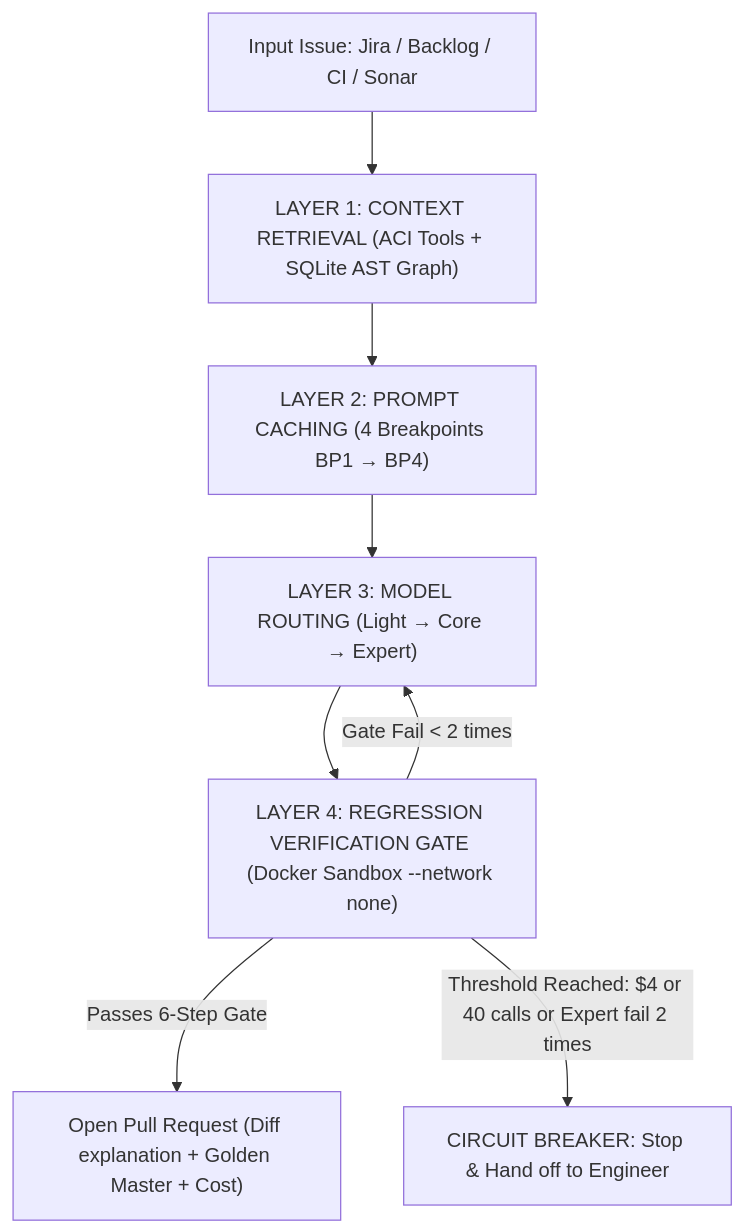
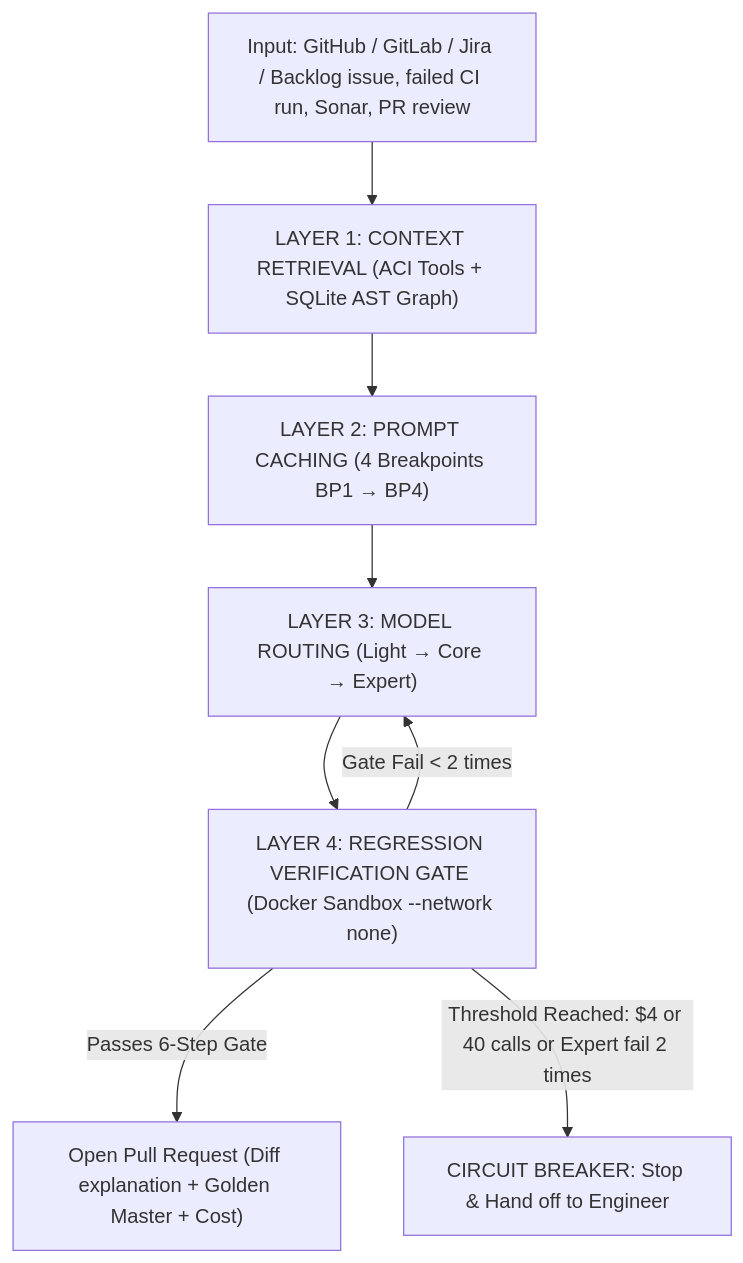
The diagram in README.md (hoanghainh1188/aegis-code), drawn with Mermaid before and after one commit. The commit also changed other lines of this file and 1 other file, not shown here.

````diff
--- a/README.md
+++ b/README.md
@@ -40,11 +40,11 @@
 ```mermaid
 flowchart TD
-    Issue["Input Issue: Jira / Backlog / CI / Sonar"] --> T1["LAYER 1: CONTEXT RETRIEVAL (ACI Tools + SQLite AST Graph)"]
+    Issue["Input: GitHub / GitLab / Jira / Backlog issue, failed CI run, Sonar, PR review"] --> T1["LAYER 1: CONTEXT RETRIEVAL (ACI Tools + SQLite AST Graph)"]
     T1 --> T2["LAYER 2: PROMPT CACHING (4 Breakpoints BP1 → BP4)"]
     T2 --> T3["LAYER 3: MODEL ROUTING (Light → Core → Expert)"]
     T3 --> T4["LAYER 4: REGRESSION VERIFICATION GATE (Docker Sandbox --network none)"]
     
     T4 -->|Passes 6-Step Gate| PR["Open Pull Request (Diff explanation + Golden Master + Cost)"]
     T4 -->|Gate Fail < 2 times| T3
     T4 -->|Threshold Reached: $4 or 40 calls or Expert fail 2 times| Stop["CIRCUIT BREAKER: Stop & Hand off to Engineer"]
 ```
````
